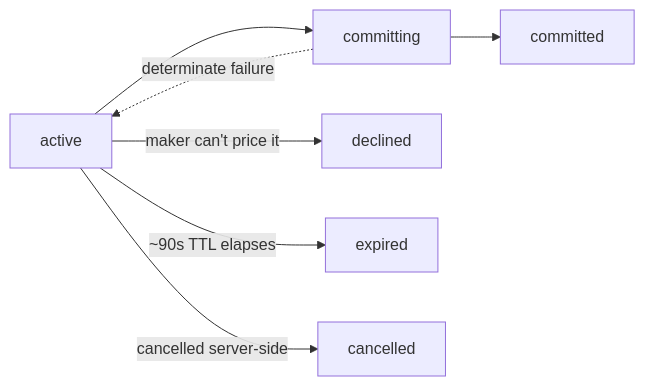
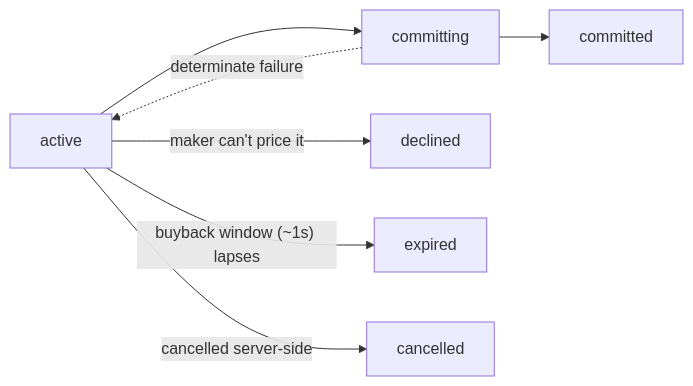
Before and after one commit to totalistrading/docs: the diagram in guides/cashout.mdx, drawn with Mermaid. The commit also changed other lines of this file and 3 other files, not shown here.

First line of the commit message:
docs(cashout): short buyback TTL, define near-expiry buffer + escalation

````diff
--- a/guides/cashout.mdx
+++ b/guides/cashout.mdx
@@ -12,8 +12,8 @@
 ```mermaid
 flowchart LR
     active --> committing --> committed
     committing -. determinate failure .-> active
     active -- maker can't price it --> declined
-    active -- ~90s TTL elapses --> expired
+    active -- buyback window (~1s) lapses --> expired
     active -- cancelled server-side --> cancelled
 ```
````
